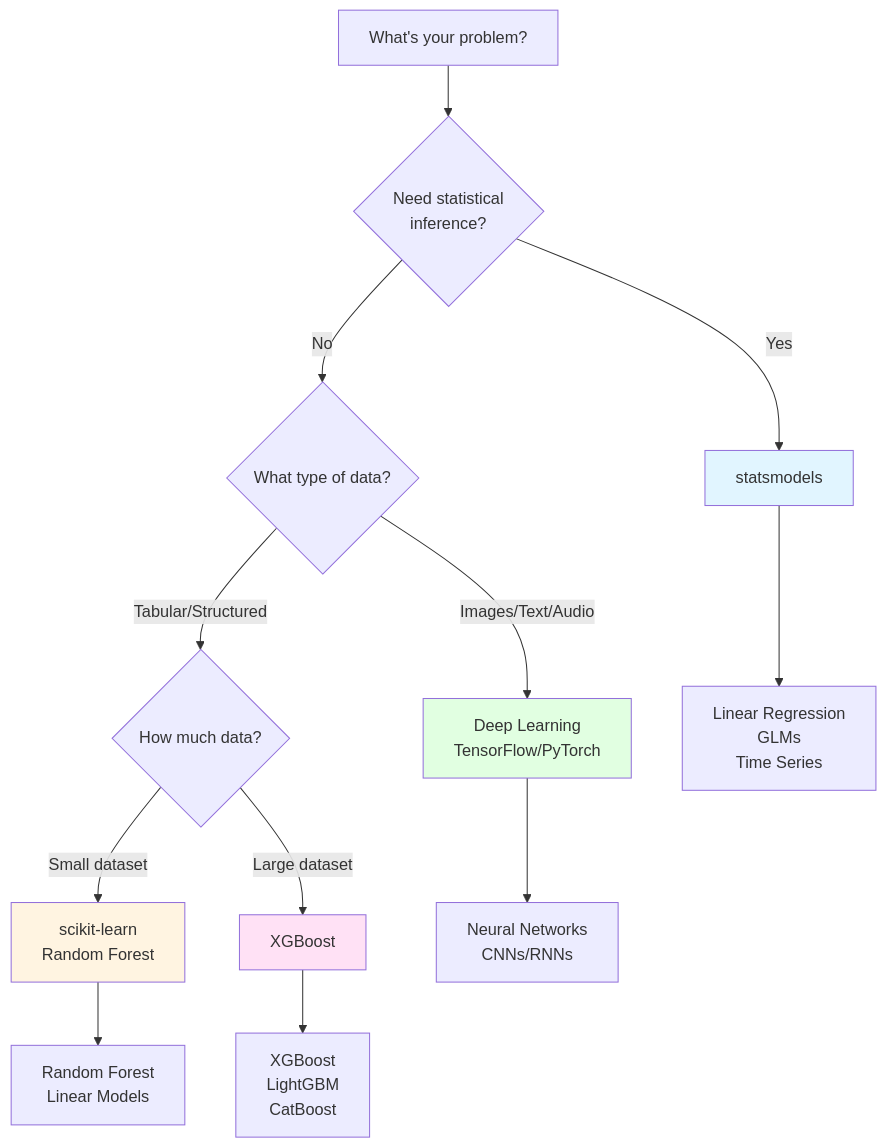
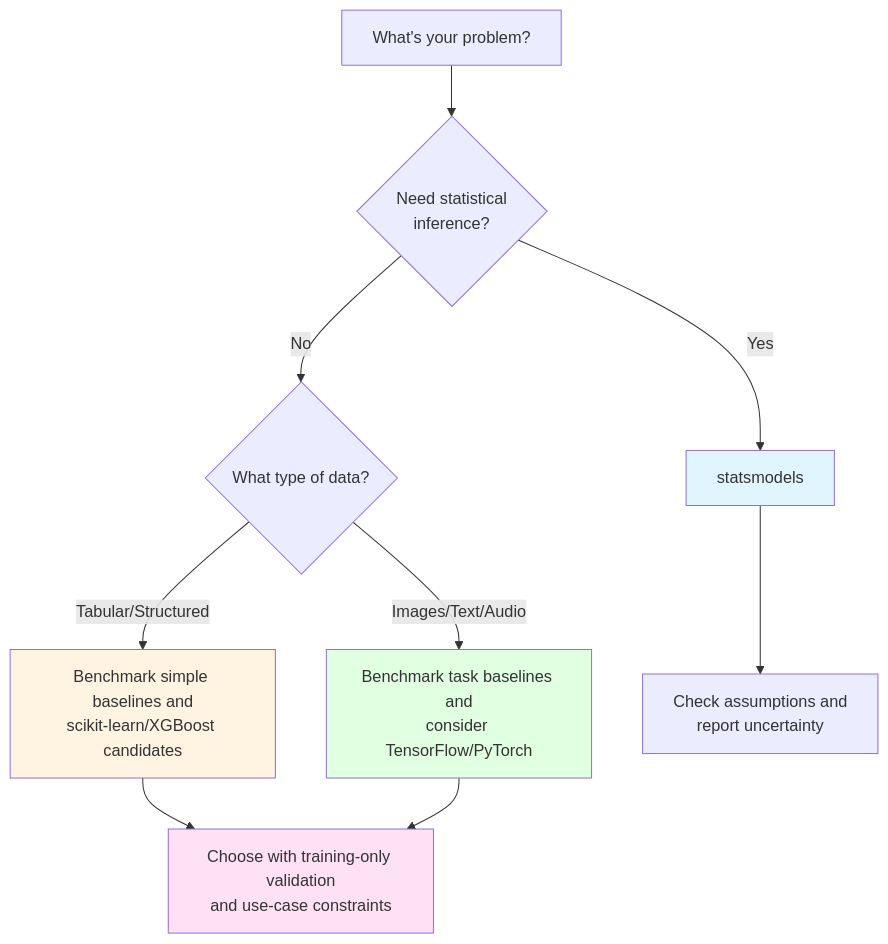
Before and after one commit to christopherseaman/datasci_217: the first of 3 diagrams in 10/README.md, drawn with Mermaid. The commit also changed other lines of this file and 2 other files, not shown here.

````diff
--- a/10/README.md
+++ b/10/README.md
@@ -77,19 +78,16 @@
 ```mermaid
 flowchart TD
     A[What's your problem?] --> B{Need statistical<br/>inference?}
     B -->|Yes| C[statsmodels]
     B -->|No| D{What type of data?}
-    D -->|Tabular/Structured| E{How much data?}
-    D -->|Images/Text/Audio| F[Deep Learning<br/>TensorFlow/PyTorch]
-    E -->|Small dataset| G[scikit-learn<br/>Random Forest]
-    E -->|Large dataset| H[XGBoost]
-    C --> I[Linear Regression<br/>GLMs<br/>Time Series]
-    G --> J[Random Forest<br/>Linear Models]
-    H --> K[XGBoost<br/>LightGBM<br/>CatBoost]
-    F --> L[Neural Networks<br/>CNNs/RNNs]
+    D -->|Tabular/Structured| E[Benchmark simple baselines and<br/>scikit-learn/XGBoost candidates]
+    D -->|Images/Text/Audio| F[Benchmark task baselines and<br/>consider TensorFlow/PyTorch]
+    C --> G[Check assumptions and<br/>report uncertainty]
+    E --> H[Choose with training-only validation<br/>and use-case constraints]
+    F --> H
     
     style C fill:#e1f5ff
-    style G fill:#fff4e1
+    style E fill:#fff4e1
     style H fill:#ffe1f5
     style F fill:#e1ffe1
 ```
````
